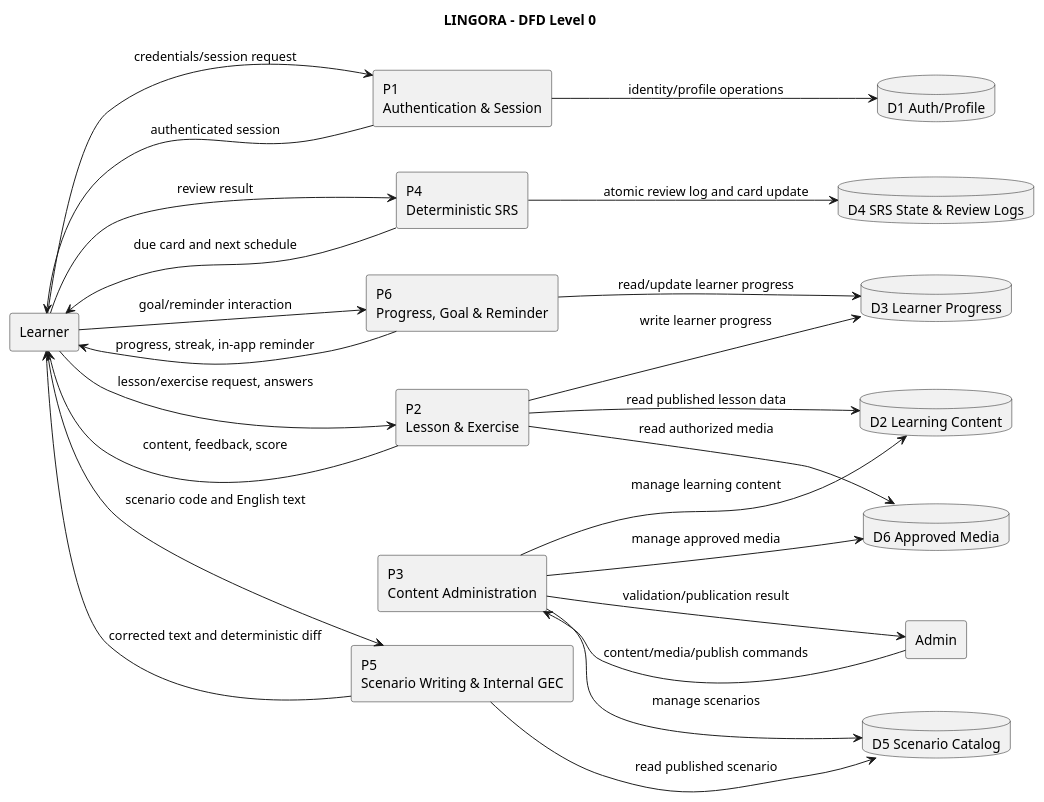
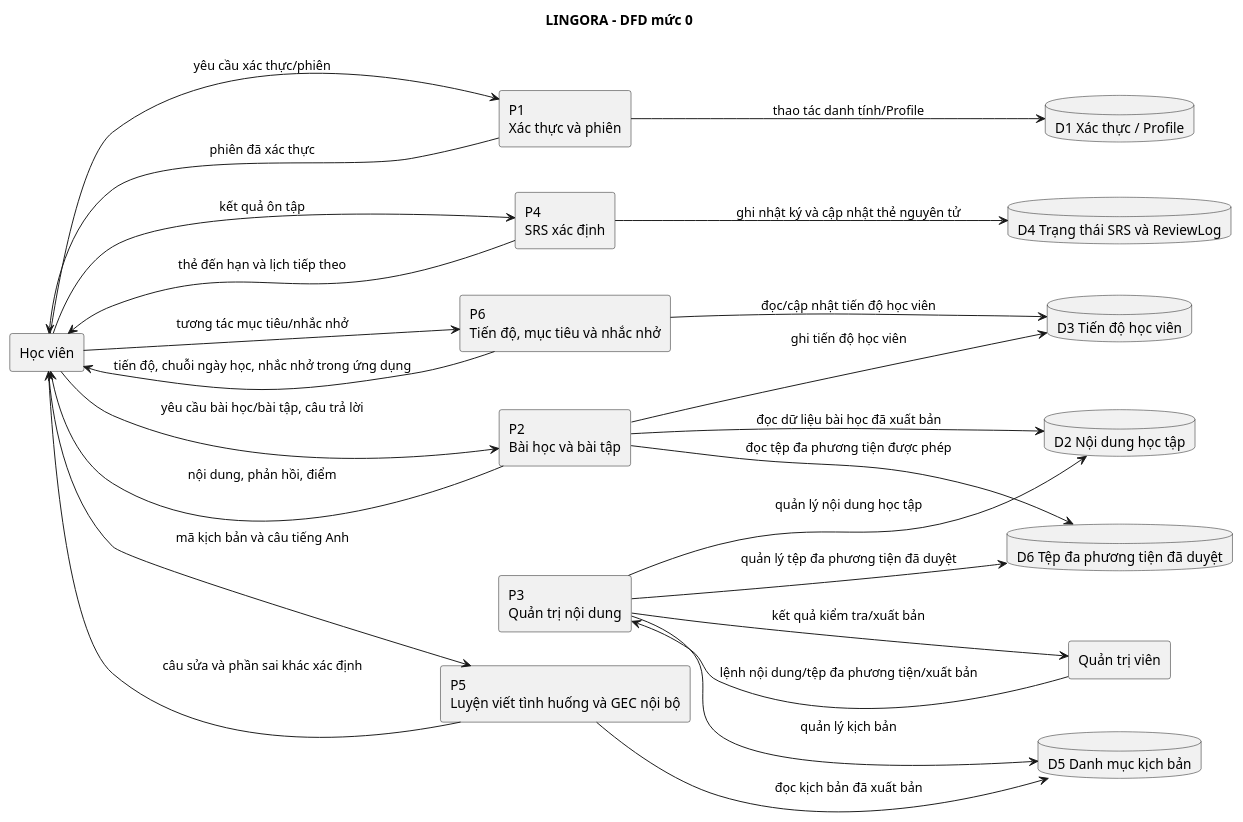
Before and after one commit to PhamNguyenThanhTung/lingora-workspace: the diagram in docs/plantuml/dfd-level-0.puml, drawn with PlantUML. The commit also changed 25 other files, not shown here.

Commit message:
docs: vietnamize PlantUML diagrams

```diff
--- a/docs/plantuml/dfd-level-0.puml
+++ b/docs/plantuml/dfd-level-0.puml
@@ -1,50 +1,50 @@
 @startuml
-title LINGORA - DFD Level 0
+title LINGORA - DFD mức 0
 left to right direction
 skinparam shadowing false
 
-rectangle Learner
-rectangle Admin
+rectangle "Học viên" as Learner
+rectangle "Quản trị viên" as Admin
 
-rectangle "P1\nAuthentication & Session" as P1
-rectangle "P2\nLesson & Exercise" as P2
-rectangle "P3\nContent Administration" as P3
-rectangle "P4\nDeterministic SRS" as P4
-rectangle "P5\nScenario Writing & Internal GEC" as P5
-rectangle "P6\nProgress, Goal & Reminder" as P6
+rectangle "P1\nXác thực và phiên" as P1
+rectangle "P2\nBài học và bài tập" as P2
+rectangle "P3\nQuản trị nội dung" as P3
+rectangle "P4\nSRS xác định" as P4
+rectangle "P5\nLuyện viết tình huống và GEC nội bộ" as P5
+rectangle "P6\nTiến độ, mục tiêu và nhắc nhở" as P6
 
-database "D1 Auth/Profile" as D1
-database "D2 Learning Content" as D2
-database "D3 Learner Progress" as D3
-database "D4 SRS State & Review Logs" as D4
-database "D5 Scenario Catalog" as D5
-database "D6 Approved Media" as D6
+database "D1 Xác thực / Profile" as D1
+database "D2 Nội dung học tập" as D2
+database "D3 Tiến độ học viên" as D3
+database "D4 Trạng thái SRS và ReviewLog" as D4
+database "D5 Danh mục kịch bản" as D5
+database "D6 Tệp đa phương tiện đã duyệt" as D6
 
-Learner --> P1 : credentials/session request
-P1 --> Learner : authenticated session
-P1 --> D1 : identity/profile operations
+Learner --> P1 : yêu cầu xác thực/phiên
+P1 --> Learner : phiên đã xác thực
+P1 --> D1 : thao tác danh tính/Profile
 
-Learner --> P2 : lesson/exercise request, answers
-P2 --> Learner : content, feedback, score
-P2 --> D2 : read published lesson data
-P2 --> D3 : write learner progress
-P2 --> D6 : read authorized media
+Learner --> P2 : yêu cầu bài học/bài tập, câu trả lời
+P2 --> Learner : nội dung, phản hồi, điểm
+P2 --> D2 : đọc dữ liệu bài học đã xuất bản
+P2 --> D3 : ghi tiến độ học viên
+P2 --> D6 : đọc tệp đa phương tiện được phép
 
-Admin --> P3 : content/media/publish commands
-P3 --> Admin : validation/publication result
-P3 --> D2 : manage learning content
-P3 --> D5 : manage scenarios
-P3 --> D6 : manage approved media
+Admin --> P3 : lệnh nội dung/tệp đa phương tiện/xuất bản
+P3 --> Admin : kết quả kiểm tra/xuất bản
+P3 --> D2 : quản lý nội dung học tập
+P3 --> D5 : quản lý kịch bản
+P3 --> D6 : quản lý tệp đa phương tiện đã duyệt
 
-Learner --> P4 : review result
-P4 --> Learner : due card and next schedule
-P4 --> D4 : atomic review log and card update
+Learner --> P4 : kết quả ôn tập
+P4 --> Learner : thẻ đến hạn và lịch tiếp theo
+P4 --> D4 : ghi nhật ký và cập nhật thẻ nguyên tử
 
-Learner --> P5 : scenario code and English text
-P5 --> Learner : corrected text and deterministic diff
-P5 --> D5 : read published scenario
+Learner --> P5 : mã kịch bản và câu tiếng Anh
+P5 --> Learner : câu sửa và phần sai khác xác định
+P5 --> D5 : đọc kịch bản đã xuất bản
 
-Learner --> P6 : goal/reminder interaction
-P6 --> Learner : progress, streak, in-app reminder
-P6 --> D3 : read/update learner progress
+Learner --> P6 : tương tác mục tiêu/nhắc nhở
+P6 --> Learner : tiến độ, chuỗi ngày học, nhắc nhở trong ứng dụng
+P6 --> D3 : đọc/cập nhật tiến độ học viên
 @enduml
```
